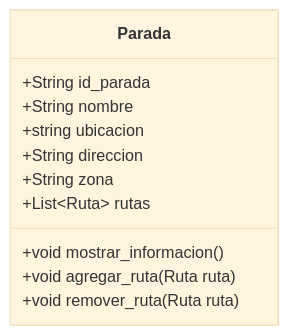
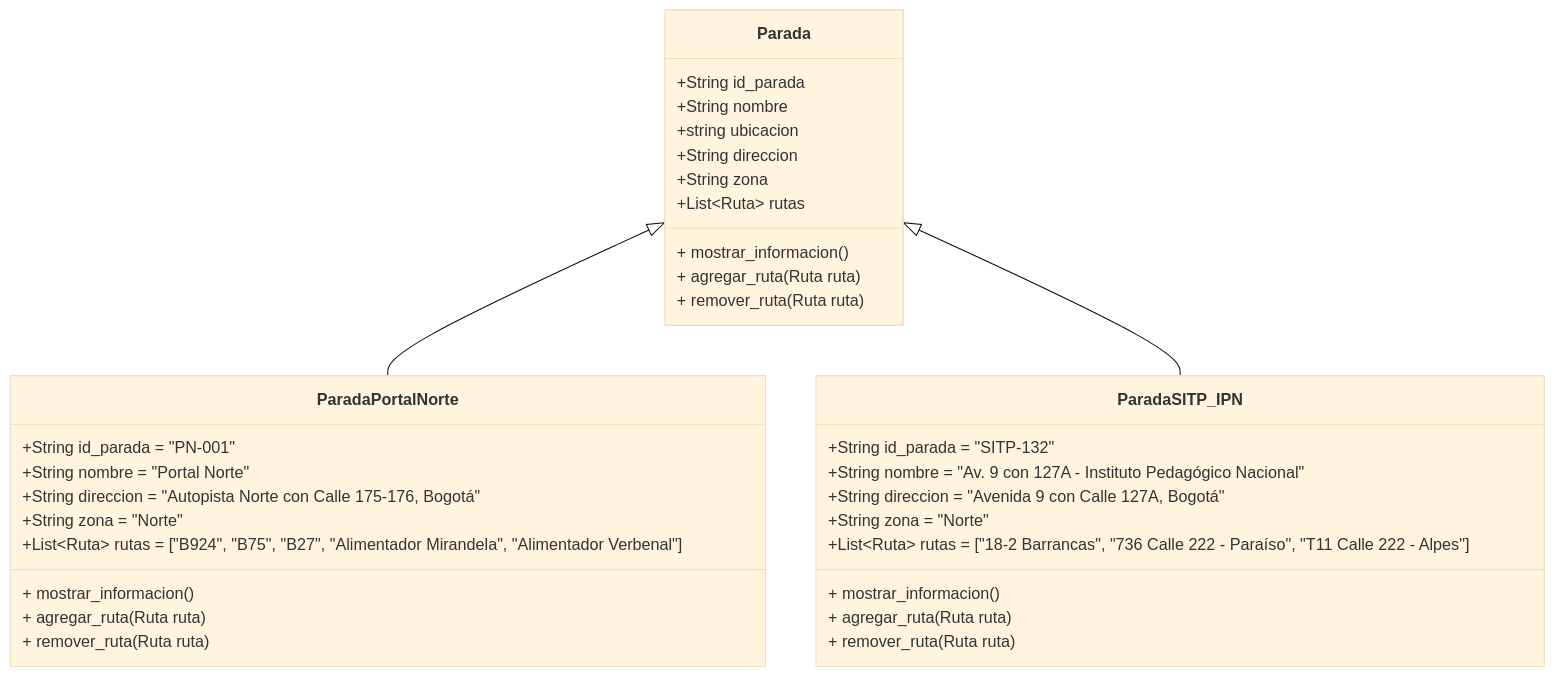
The first of 4 diagrams in README.md (NotName-K/POO-R2), drawn with Mermaid (base theme) before and after one commit. The commit also changed other lines of this file, not shown here.

````diff
--- a/README.md
+++ b/README.md
@@ -11,15 +11,44 @@
 ```mermaid
 classDiagram
  class Parada {
         +String id_parada
         +String nombre
         +string ubicacion    
         +String direccion
         +String zona
         +List~Ruta~ rutas
         
-        +void mostrar_informacion()
-        +void agregar_ruta(Ruta ruta)
-        +void remover_ruta(Ruta ruta)
+        + mostrar_informacion()
+        + agregar_ruta(Ruta ruta)
+        + remover_ruta(Ruta ruta)
 }
+  class ParadaPortalNorte {
+        +String id_parada = "PN-001"
+        +String nombre = "Portal Norte"
+        +String direccion = "Autopista Norte con Calle 175‑176, Bogotá"
+        +String zona = "Norte"
+        +List~Ruta~ rutas = ["B924", "B75", "B27", "Alimentador Mirandela", "Alimentador Verbenal"]
+
+        + mostrar_informacion()
+        + agregar_ruta(Ruta ruta)
+        + remover_ruta(Ruta ruta)
+    }
+
+    class ParadaSITP_IPN {
+        +String id_parada = "SITP‑132"
+        +String nombre = "Av. 9 con 127A - Instituto Pedagógico Nacional"
+        +String direccion = "Avenida 9 con Calle 127A, Bogotá"
+        +String zona = "Norte"
+        +List~Ruta~ rutas = ["18‑2 Barrancas", "736 Calle 222 ‑ Paraíso", "T11 Calle 222 ‑ Alpes"]
+        
+
+        + mostrar_informacion()
+        + agregar_ruta(Ruta ruta)
+        + remover_ruta(Ruta ruta)
+
+    }
+
+    Parada <|-- ParadaPortalNorte
+    Parada <|-- ParadaSITP_IPN
+
 ```
````
